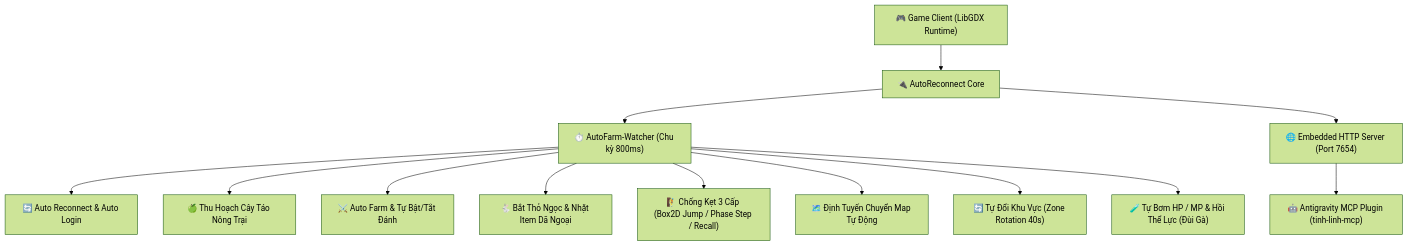
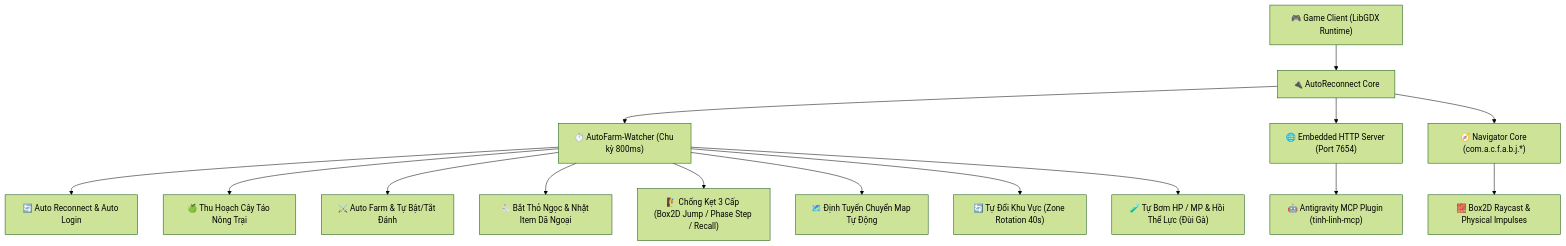
One commit to gaxin488-rgb/h5test changed the diagram in tinhlinh-bot/README.md. Above: the diagram before and after it, drawn with Mermaid (forest theme). The commit also changed other lines of this file and 61 other files, not shown here.

Commit message:
feat(tinhlinh-bot): add com.a.c.f.a.b.j.* navigator decompiled source, jar library, bytecode classes, and architecture mapping

````diff
--- a/tinhlinh-bot/README.md
+++ b/tinhlinh-bot/README.md
@@ -25,17 +29,20 @@
 ```mermaid
 graph TD
     A["🎮 Game Client (LibGDX Runtime)"] --> B["🔌 AutoReconnect Core"]
     B --> C["⏱️ AutoFarm-Watcher (Chu kỳ 800ms)"]
     
     C --> D1["🔄 Auto Reconnect & Auto Login"]
     C --> D2["🍏 Thu Hoạch Cây Táo Nông Trại"]
     C --> D3["⚔️ Auto Farm & Tự Bật/Tắt Đánh"]
     C --> D4["🐇 Bắt Thỏ Ngọc & Nhặt Item Dã Ngoại"]
     C --> D5["🧗 Chống Kẹt 3 Cấp (Box2D Jump / Phase Step / Recall)"]
     C --> D6["🗺️ Định Tuyến Chuyển Map Tự Động"]
     C --> D7["🔄 Tự Đổi Khu Vực (Zone Rotation 40s)"]
     C --> D8["🧪 Tự Bơm HP / MP & Hồi Thể Lực (Đùi Gà)"]
 
     B --> E["🌐 Embedded HTTP Server (Port 7654)"]
     E --> F["🤖 Antigravity MCP Plugin (tinh-linh-mcp)"]
+    
+    B --> G["🧭 Navigator Core (com.a.c.f.a.b.j.*)"]
+    G --> H["🧱 Box2D Raycast & Physical Impulses"]
 ```
````
